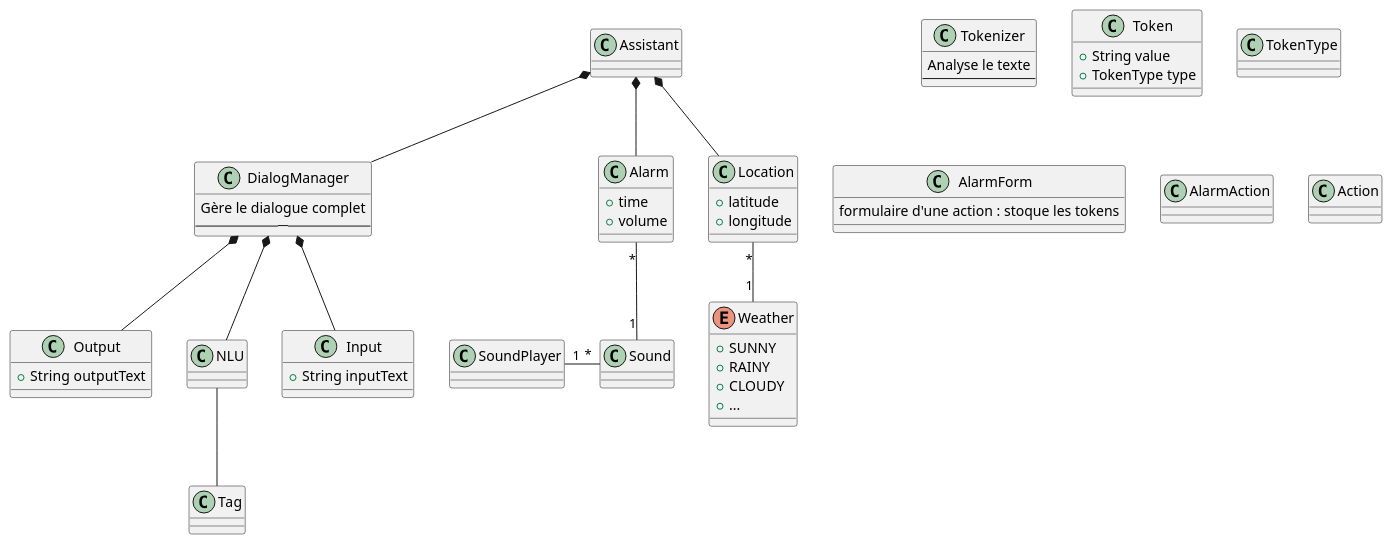
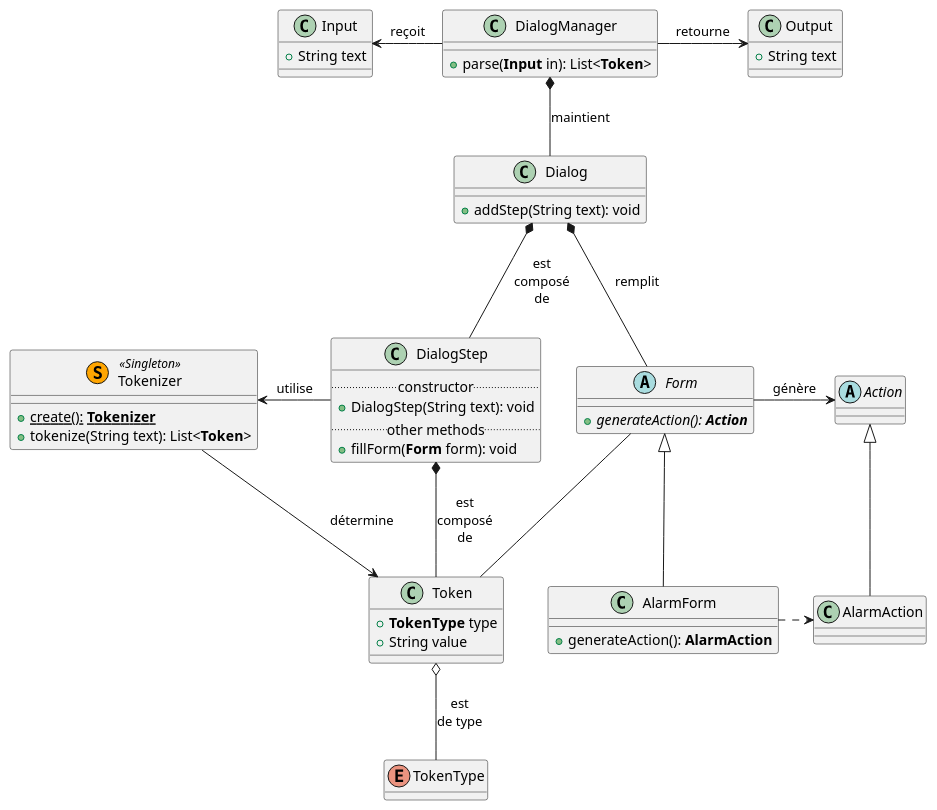
Before and after one commit to alexandre-lelain/ihme-agent-assistant: the diagram in conception/source/classDiagram.puml, drawn with PlantUML.

Commit message:
Une proposition de diagramme de classe
Ce diagramme de classe est très fourni et encore imparfait

```diff
--- a/conception/source/classDiagram.puml
+++ b/conception/source/classDiagram.puml
@@ -1,72 +1,56 @@
 @startuml
 
-class Assistant
-
+class Tokenizer << (S, orange) Singleton>>{
+    +{static} create(): <b>Tokenizer</b>
+    +tokenize(String text): List<<b>Token</b>>
+}
+class Token {
+    +<b>TokenType</b> type
+    +String value
+}
+enum TokenType
+hide TokenType methods
 class DialogManager {
-  Gère le dialogue complet
-  --------
+    +parse(<b>Input</b> in): List<<b>Token</b>>
+}
+class Dialog {
+    +addStep(String text): void
+}
+class DialogStep {
+    .. constructor ..
+    +DialogStep(String text): void
+    .. other methods ..
+    +fillForm(<b>Form</b> form): void
+}
+abstract class Form {
+    +{abstract} generateAction(): <b>Action</b>
+}
+class AlarmForm {
+    +generateAction(): <b>AlarmAction</b>
+}
+abstract class Action
+class AlarmAction
+class Input {
+    +String text
+}
+class Output {
+    +String text
 }
 
-class Tokenizer {
-  Analyse le texte
-  ----
-}
+DialogManager -left-> Input : reçoit
+DialogManager -> Output : retourne
+DialogManager *-- Dialog : maintient
+Dialog *-- DialogStep : est\ncomposé\nde
+Dialog *-- Form : remplit
+DialogStep *-- Token : est\ncomposé\nde
+DialogStep -left-> Tokenizer : utilise
+Form -> Action : génère
+Form <|-- AlarmForm
+Action <|-- AlarmAction
+AlarmForm .> AlarmAction
+Tokenizer --> Token : détermine
+Token o-- TokenType : est\nde type
+Form -- Token
 
-class Token{
-  +String value
-  +TokenType type
-}
-
-class TokenType{
-}
-
-class Input {
-  +String inputText
-}
-
-class Output {
-  +String outputText
-}
-
-class AlarmForm{
-    formulaire d'une action : stoque les tokens
-}
-
-class AlarmAction{
-}
-
-class Alarm {
-    +time
-    +volume
-}
-
-class Location {
-    +latitude
-    +longitude
-}
-
-enum Weather {
-    +SUNNY
-    +RAINY
-    +CLOUDY
-    +...
-}
-
-class SoundPlayer
-class Sound
-
-class Action {
-}
-
-Location "*"--"1" Weather
-Alarm "*"--"1" Sound
-Sound "*"-left-"1" SoundPlayer
-Assistant *-- Alarm
-Assistant *-- Location
-Assistant *-- DialogManager
-DialogManager *--NLU
-DialogManager *-- Input
-DialogManager *-- Output
-NLU -- Tag
 
 @enduml
```
